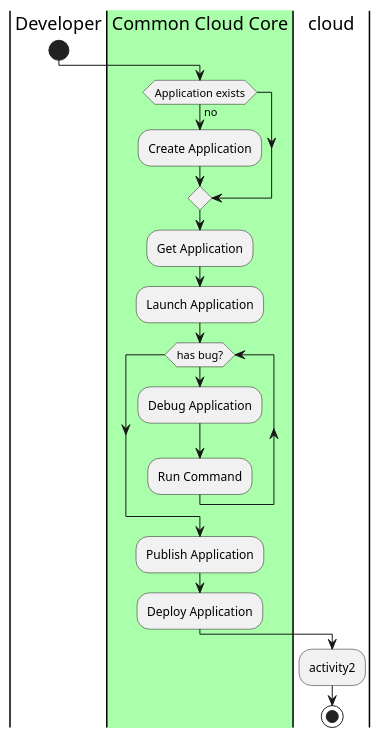
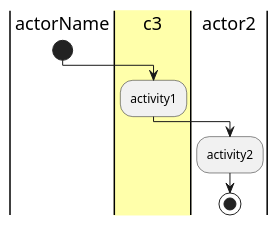
One commit to CAADE/C3 changed the diagram in docs/UseCases/Manage-Applications/Activities.puml. Above: the diagram before and after it, drawn with PlantUML. The commit also changed 1607 other files, not shown here.

Commit message:
New format and simulated architecture

```diff
--- a/docs/UseCases/Manage-Applications/Activities.puml
+++ b/docs/UseCases/Manage-Applications/Activities.puml
@@ -1,19 +1,9 @@
 @startuml
-|Developer|
+|actorName|
 start
-|#aaffaa|Common Cloud Core|
-if(Application exists) then (no)
-:Create Application;
-endif
-:Get Application;
-:Launch Application;
-while(has bug?)
-:Debug Application;
-:Run Command;
-endwhile
-:Publish Application;
-:Deploy Application;
-|cloud|
+|#ffffaa|c3|
+:activity1;
+|actor2|
 :activity2;
 stop
 @enduml
```
